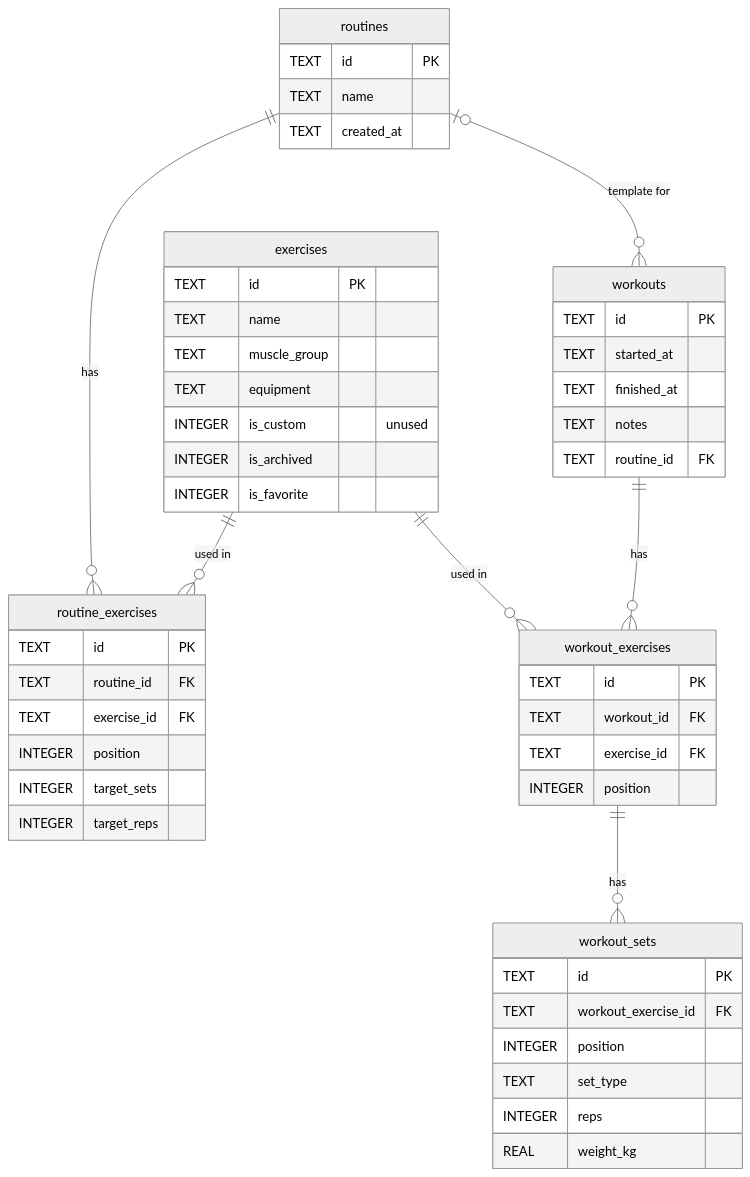
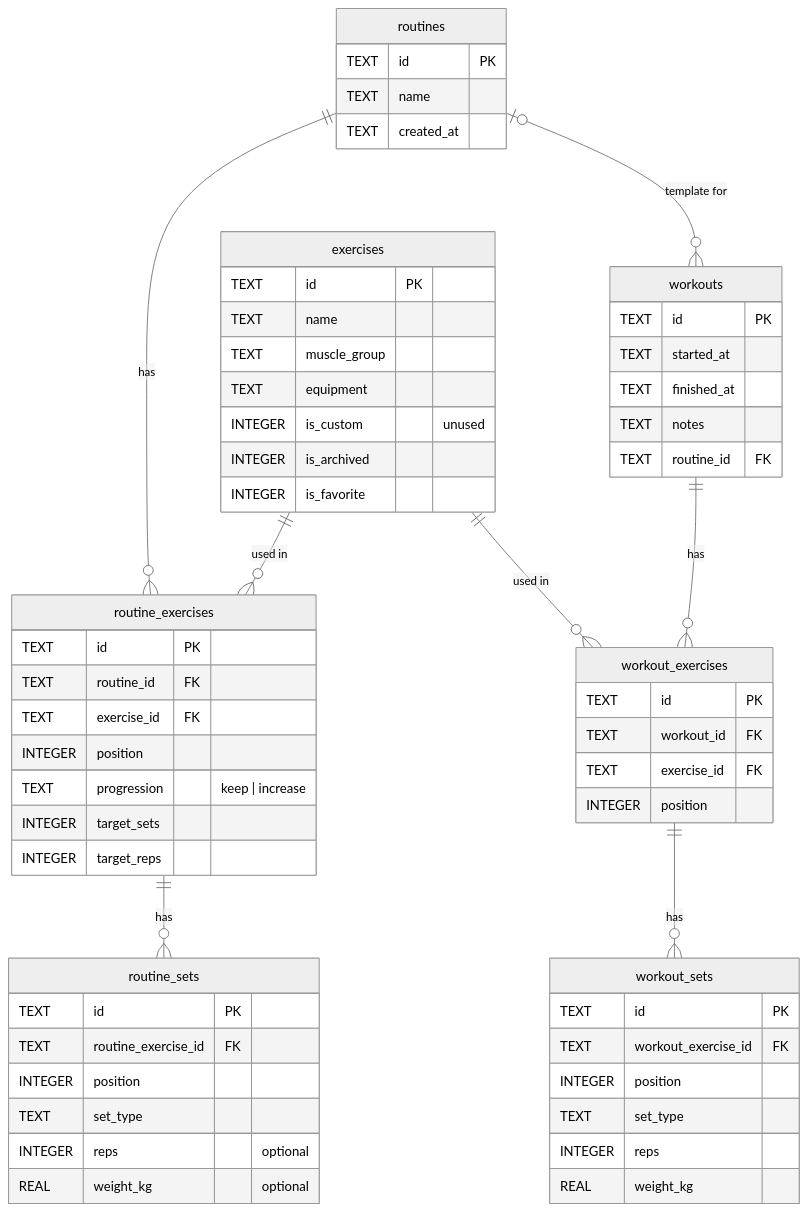
Before and after one commit to ABorges2003/GymLog: the first of 2 diagrams in README.md, drawn with Mermaid (neutral theme). The commit also changed other lines of this file and 39 other files, not shown here.

````diff
--- a/README.md
+++ b/README.md
@@ -98,53 +99,63 @@
 ```mermaid
 erDiagram
     routines ||--o{ routine_exercises : "has"
+    routine_exercises ||--o{ routine_sets : "has"
     routines |o--o{ workouts : "template for"
     exercises ||--o{ routine_exercises : "used in"
     exercises ||--o{ workout_exercises : "used in"
     workouts ||--o{ workout_exercises : "has"
     workout_exercises ||--o{ workout_sets : "has"
 
     routines {
         TEXT id PK
         TEXT name
         TEXT created_at
     }
     routine_exercises {
         TEXT id PK
         TEXT routine_id FK
         TEXT exercise_id FK
         INTEGER position
+        TEXT progression "keep | increase"
         INTEGER target_sets
         INTEGER target_reps
+    }
+    routine_sets {
+        TEXT id PK
+        TEXT routine_exercise_id FK
+        INTEGER position
+        TEXT set_type
+        INTEGER reps "optional"
+        REAL weight_kg "optional"
     }
     exercises {
         TEXT id PK
         TEXT name
         TEXT muscle_group
         TEXT equipment
         INTEGER is_custom "unused"
         INTEGER is_archived
         INTEGER is_favorite
     }
     workouts {
         TEXT id PK
         TEXT started_at
         TEXT finished_at
         TEXT notes
         TEXT routine_id FK
     }
     workout_exercises {
         TEXT id PK
         TEXT workout_id FK
         TEXT exercise_id FK
         INTEGER position
     }
     workout_sets {
         TEXT id PK
         TEXT workout_exercise_id FK
         INTEGER position
         TEXT set_type
         INTEGER reps
         REAL weight_kg
     }
 ```
````
